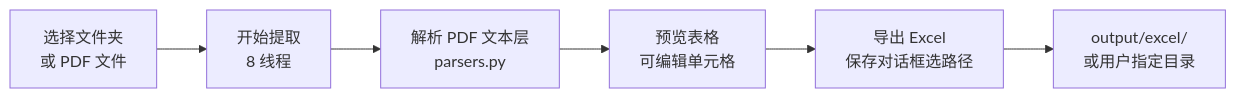
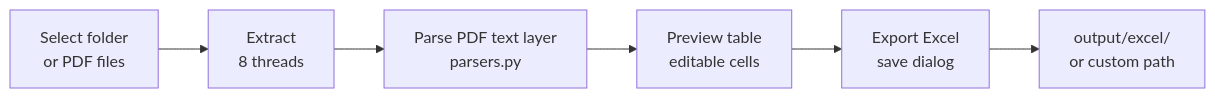
Before and after one commit to langjnjy/cert-extract-desktop: the second of 4 diagrams in README.md, drawn with Mermaid. The commit also changed other lines of this file and 2 other files, not shown here.

````diff
--- a/README.md
+++ b/README.md
@@ -68,8 +70,8 @@
 ```mermaid
 flowchart LR
-    A["选择文件夹\n或 PDF 文件"] --> B["开始提取\n8 线程"]
-    B --> C["解析 PDF 文本层\nparsers.py"]
-    C --> D["预览表格\n可编辑单元格"]
-    D --> E["导出 Excel\n保存对话框选路径"]
-    E --> F["output/excel/\n或用户指定目录"]
+    A["Select folder\nor PDF files"] --> B["Extract\n8 threads"]
+    B --> C["Parse PDF text layer\nparsers.py"]
+    C --> D["Preview table\neditable cells"]
+    D --> E["Export Excel\nsave dialog"]
+    E --> F["output/excel/\nor custom path"]
 ```
````
